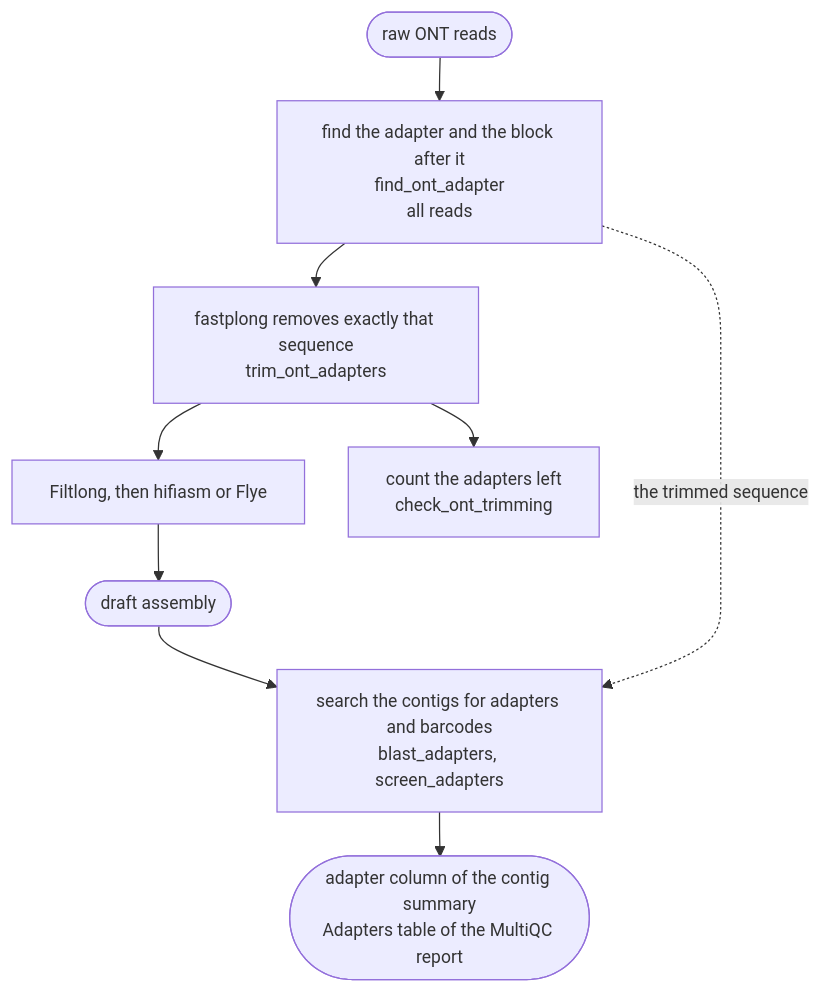
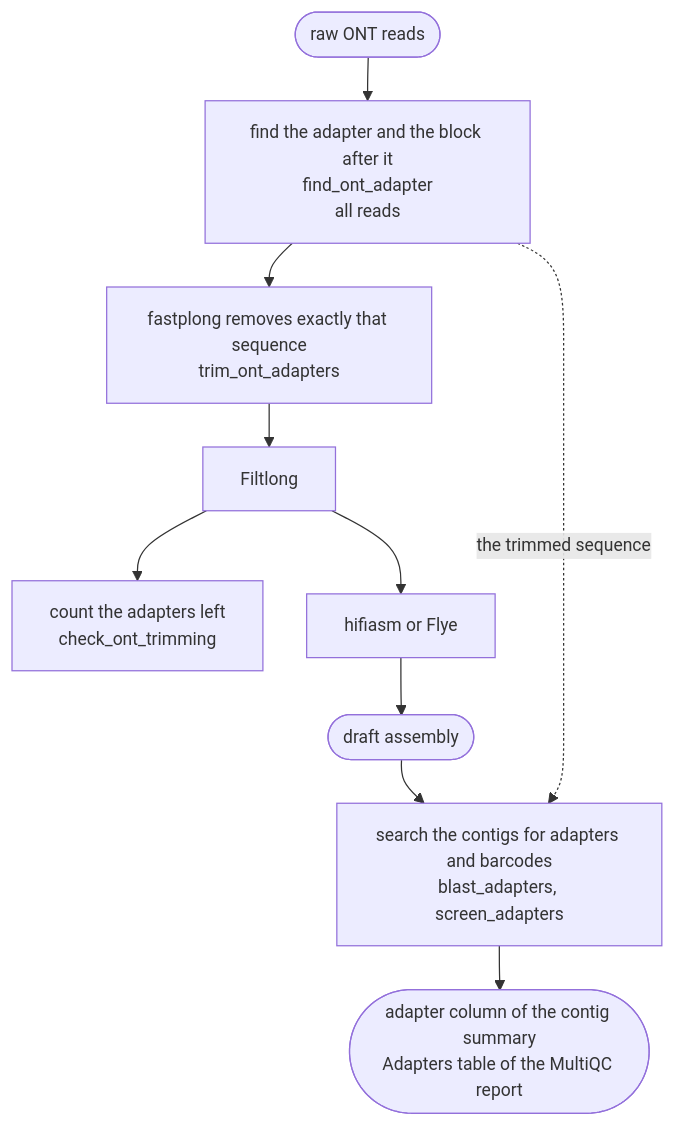
Before and after one commit to iLivius/FunFlux: the diagram in docs/methods/adapter-trimming.md, drawn with Mermaid. The commit also changed other lines of this file and 18 other files, not shown here.

````diff
--- a/docs/methods/adapter-trimming.md
+++ b/docs/methods/adapter-trimming.md
@@ -13,19 +13,20 @@
 ```mermaid
 ---
 config:
   themeVariables:
     fontSize: 14px
   flowchart:
     nodeSpacing: 35
     rankSpacing: 35
 ---
 flowchart TD
     R([raw ONT reads]) --> S[find the adapter and the block after it<br/>find_ont_adapter<br/>all reads]
     S --> T[fastplong removes exactly that sequence<br/>trim_ont_adapters]
-    T --> F[Filtlong, then hifiasm or Flye]
-    T --> C[count the adapters left<br/>check_ont_trimming]
-    F --> A([draft assembly])
+    T --> F[Filtlong]
+    F --> C[count the adapters left<br/>check_ont_trimming]
+    F --> H[hifiasm or Flye]
+    H --> A([draft assembly])
     A --> B[search the contigs for adapters and barcodes<br/>blast_adapters, screen_adapters]
     S -.->|the trimmed sequence| B
     B --> Q([adapter column of the contig summary<br/>Adapters table of the MultiQC report])
 ```
````
